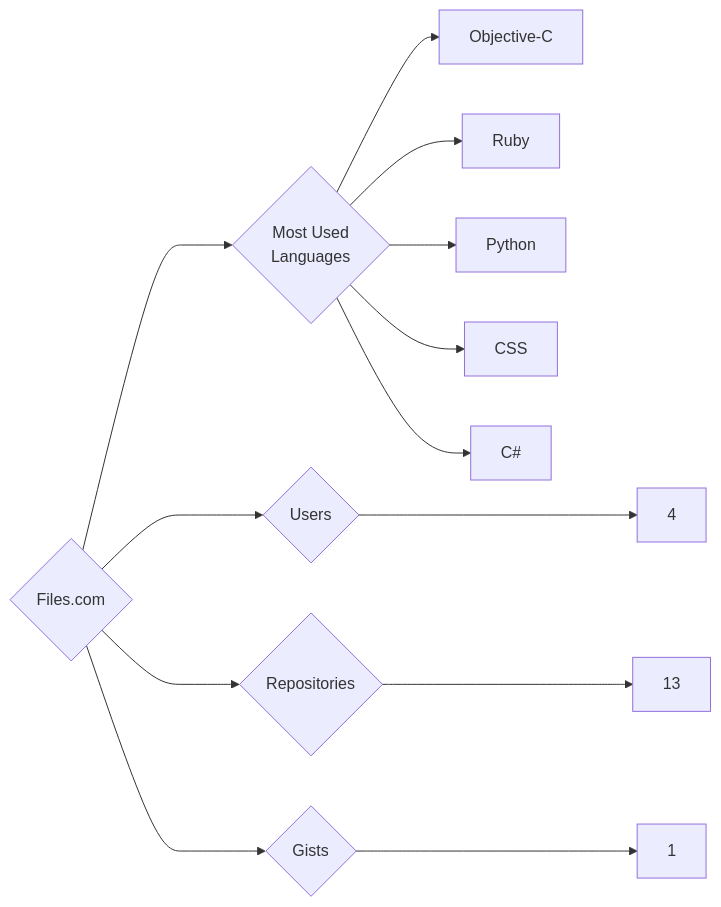
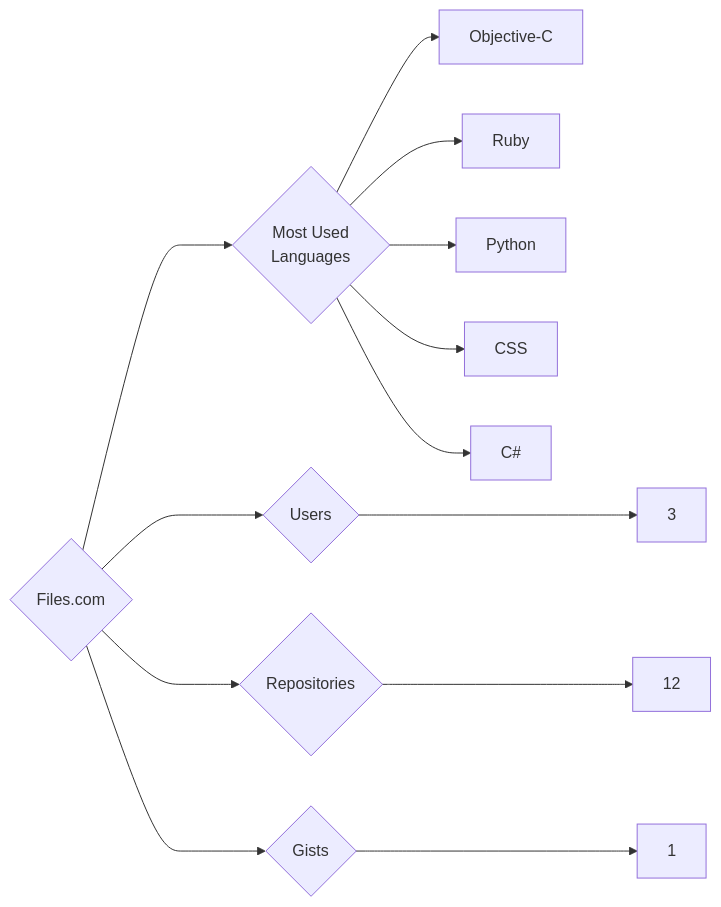
Before and after one commit to trickest/insiders: the diagram in targets/Files.com/README.md, drawn with Mermaid. The commit also changed 1092 other files, not shown here.

````diff
--- a/targets/Files.com/README.md
+++ b/targets/Files.com/README.md
@@ -3,13 +3,13 @@
 ```mermaid
 graph LR
 COMPANY_NAME{Files.com}
-COMPANY_NAME ---> U{Users} ---> UN[4]
-COMPANY_NAME ---> R{Repositories} ---> RN[13]
+COMPANY_NAME ---> U{Users} ---> UN[3]
+COMPANY_NAME ---> R{Repositories} ---> RN[12]
 COMPANY_NAME ---> G{Gists} ---> GN[1]
 COMPANY_NAME ---> ML{Most Used<br>Languages}
 ML --> Objective-C[Objective-C]
 ML --> Ruby[Ruby]
 ML --> Python[Python]
 ML --> CSS[CSS]
 ML --> C#[C#]
 ```
````
